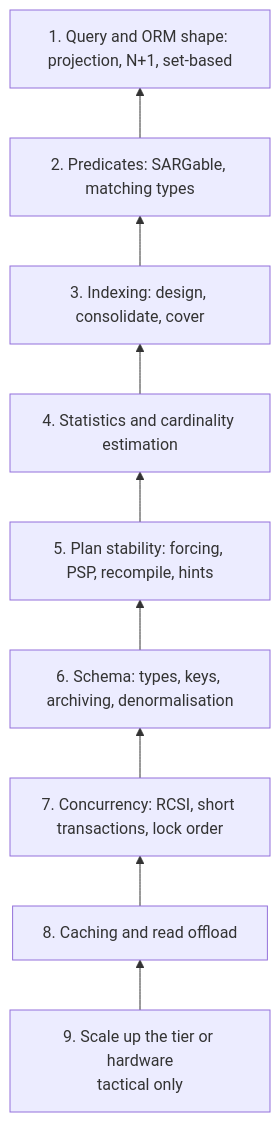
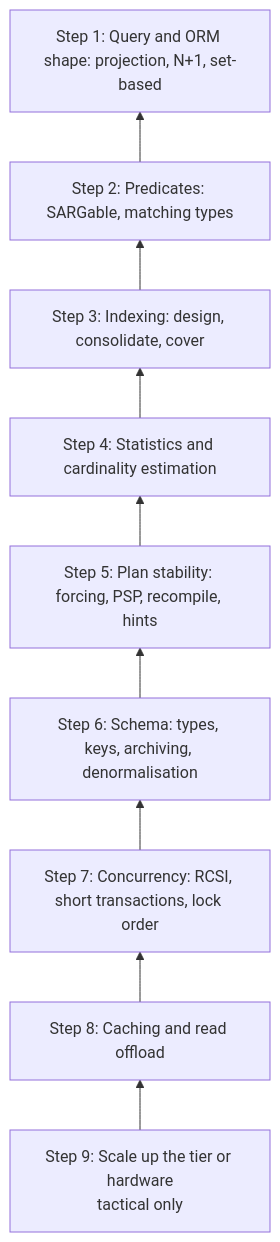
One commit to copaliwal/software-architecture-learning changed the fourth of 5 diagrams in 17-database-performance-optimization/03-finding-and-fixing-database-performance-issues.md. Above: the diagram before and after it, drawn with Mermaid. The commit also changed other lines of this file and 2 other files, not shown here.

Commit message:
Clarify flowchart steps in webhook and messaging patterns documentation for improved readability

````diff
--- a/17-database-performance-optimization/03-finding-and-fixing-database-performance-issues.md
+++ b/17-database-performance-optimization/03-finding-and-fixing-database-performance-issues.md
@@ -936,12 +936,12 @@
 ```mermaid
 flowchart BT
-    L9["9. Scale up the tier or hardware<br/>tactical only"] --> L8
-    L8["8. Caching and read offload"] --> L7
-    L7["7. Concurrency: RCSI, short transactions, lock order"] --> L6
-    L6["6. Schema: types, keys, archiving, denormalisation"] --> L5
-    L5["5. Plan stability: forcing, PSP, recompile, hints"] --> L4
-    L4["4. Statistics and cardinality estimation"] --> L3
-    L3["3. Indexing: design, consolidate, cover"] --> L2
-    L2["2. Predicates: SARGable, matching types"] --> L1
-    L1["1. Query and ORM shape: projection, N+1, set-based"]
+    L9["Step 9: Scale up the tier or hardware<br/>tactical only"] --> L8
+    L8["Step 8: Caching and read offload"] --> L7
+    L7["Step 7: Concurrency: RCSI, short transactions, lock order"] --> L6
+    L6["Step 6: Schema: types, keys, archiving, denormalisation"] --> L5
+    L5["Step 5: Plan stability: forcing, PSP, recompile, hints"] --> L4
+    L4["Step 4: Statistics and cardinality estimation"] --> L3
+    L3["Step 3: Indexing: design, consolidate, cover"] --> L2
+    L2["Step 2: Predicates: SARGable, matching types"] --> L1
+    L1["Step 1: Query and ORM shape: projection, N+1, set-based"]
 ```
````
